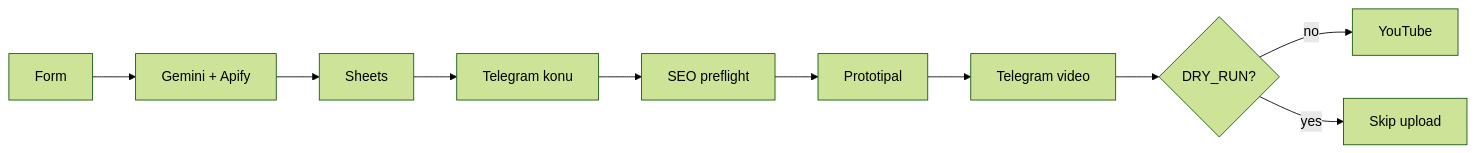
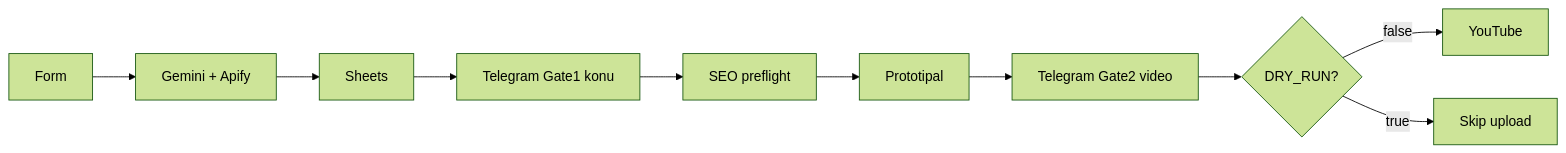
One commit to ammartas3-png/KANALLAR changed the diagram in README.md. Above: the diagram before and after it, drawn with Mermaid (forest theme). The commit also changed other lines of this file and 4 other files, not shown here.

First line of the commit message:
docs: add step-by-step AKIS flow for GitHub AI readers

````diff
--- a/README.md
+++ b/README.md
@@ -9,12 +11,12 @@
 ```mermaid
 flowchart LR
   Form --> Research[Gemini + Apify]
   Research --> Sheets
-  Sheets --> TG1[Telegram konu]
+  Sheets --> TG1[Telegram Gate1 konu]
   TG1 --> SEO[SEO preflight]
   SEO --> Video[Prototipal]
-  Video --> TG2[Telegram video]
+  Video --> TG2[Telegram Gate2 video]
   TG2 --> Dry{DRY_RUN?}
-  Dry -->|no| YT[YouTube]
-  Dry -->|yes| Skip[Skip upload]
+  Dry -->|false| YT[YouTube]
+  Dry -->|true| Skip[Skip upload]
 ```
````
